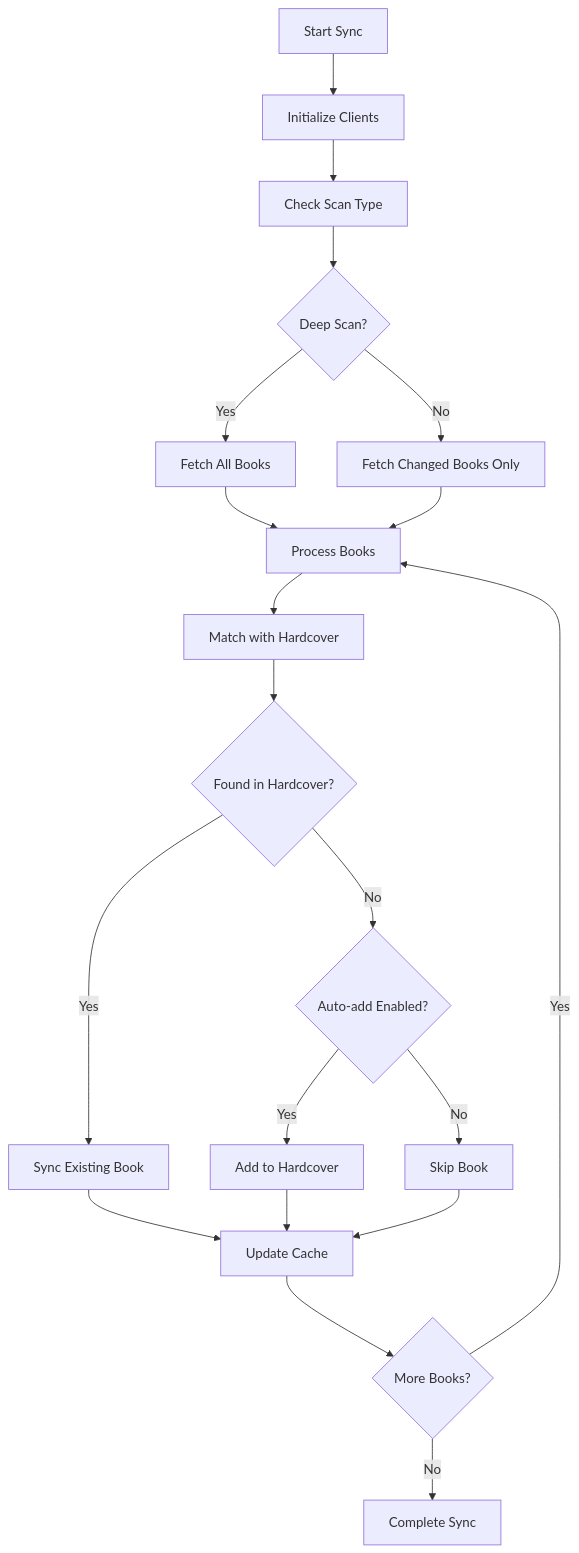
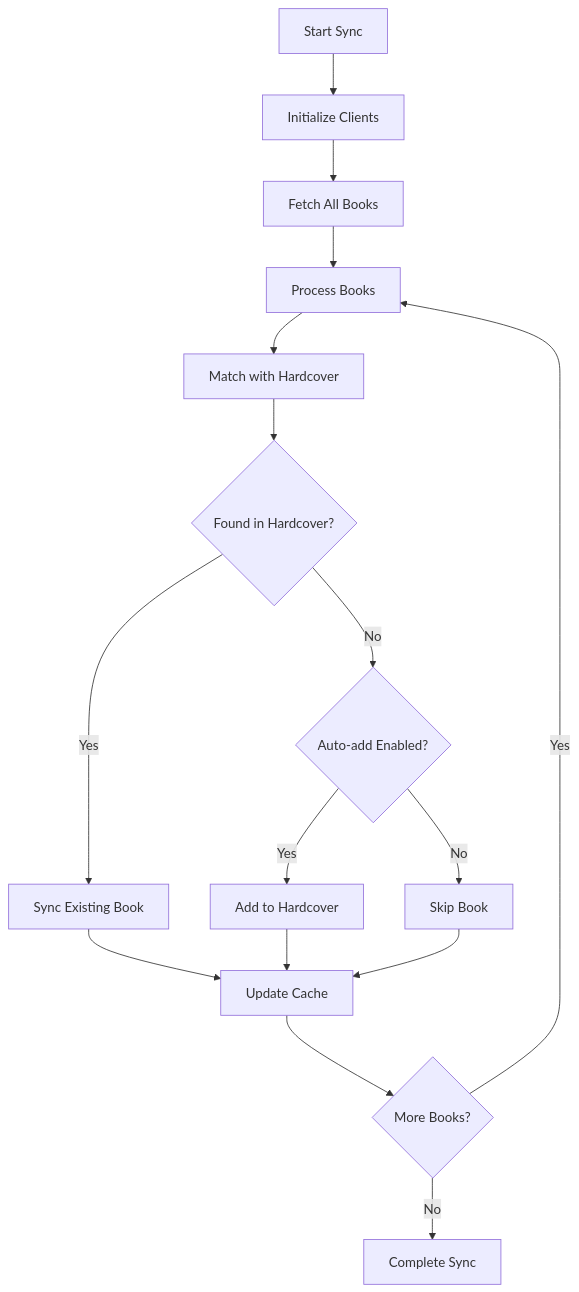
Before and after one commit to rohit-purandare/ShelfBridge: the second of 2 diagrams in wiki/technical/Architecture-Overview.md, drawn with Mermaid. The commit also changed other lines of this file and 12 other files, not shown here.

First line of the commit message:
chore: remove obsolete deep scan architecture

````diff
--- a/wiki/technical/Architecture-Overview.md
+++ b/wiki/technical/Architecture-Overview.md
@@ -166,22 +164,18 @@
 ```mermaid
 flowchart TD
     START[Start Sync] --> INIT[Initialize Clients]
-    INIT --> CHECK[Check Scan Type]
-    CHECK --> DEEP{Deep Scan?}
-    DEEP -->|Yes| FETCH_ALL[Fetch All Books]
-    DEEP -->|No| FETCH_CHANGED[Fetch Changed Books Only]
-    FETCH_ALL --> PROCESS[Process Books]
-    FETCH_CHANGED --> PROCESS
+    INIT --> FETCH[Fetch All Books]
+    FETCH --> PROCESS[Process Books]
     PROCESS --> MATCH[Match with Hardcover]
     MATCH --> FOUND{Found in Hardcover?}
     FOUND -->|Yes| SYNC_EXISTING[Sync Existing Book]
     FOUND -->|No| AUTO_ADD{Auto-add Enabled?}
     AUTO_ADD -->|Yes| ADD_BOOK[Add to Hardcover]
     AUTO_ADD -->|No| SKIP[Skip Book]
     SYNC_EXISTING --> CACHE[Update Cache]
     ADD_BOOK --> CACHE
     SKIP --> CACHE
     CACHE --> MORE{More Books?}
     MORE -->|Yes| PROCESS
     MORE -->|No| COMPLETE[Complete Sync]
 ```
````
